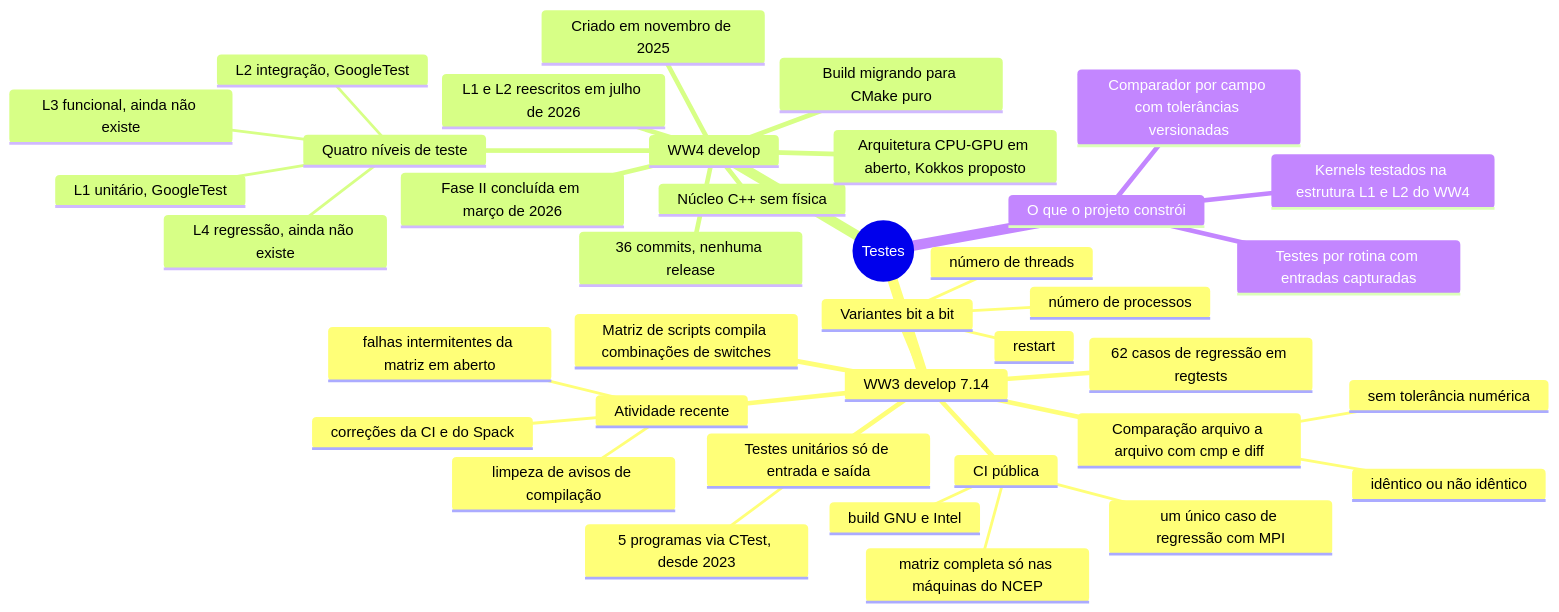
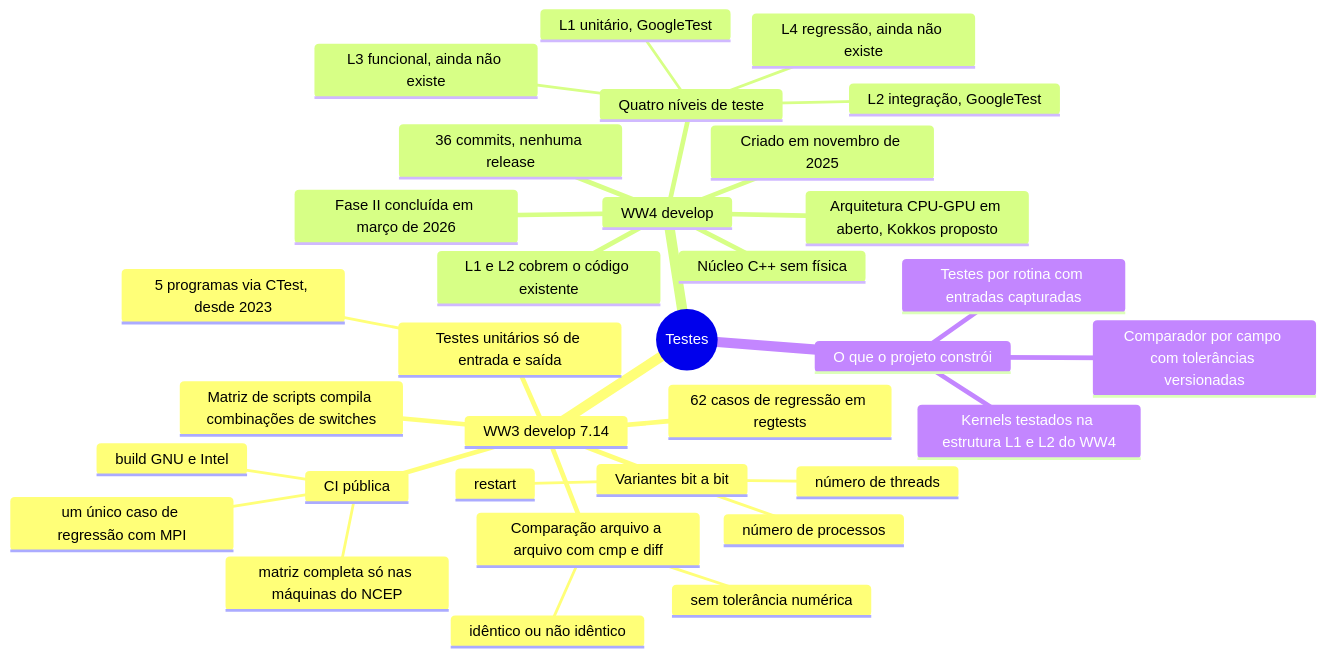
One commit to h0ffmann/ww3-gpu changed the fourth of 8 diagrams in pubs/proposal/mapas-mentais.pt.md. Above: the diagram before and after it, drawn with Mermaid. The commit also changed other lines of this file and 17 other files, not shown here.

````diff
--- a/pubs/proposal/mapas-mentais.pt.md
+++ b/pubs/proposal/mapas-mentais.pt.md
@@ -94,41 +94,36 @@
 ```mermaid
 mindmap
   root((Testes))
     WW3 develop 7.14
       62 casos de regressão em regtests
       Matriz de scripts compila combinações de switches
       Comparação arquivo a arquivo com cmp e diff
         idêntico ou não idêntico
         sem tolerância numérica
       Variantes bit a bit
         restart
         número de threads
         número de processos
       Testes unitários só de entrada e saída
         5 programas via CTest, desde 2023
       CI pública
         build GNU e Intel
         um único caso de regressão com MPI
         matriz completa só nas máquinas do NCEP
-      Atividade recente
-        limpeza de avisos de compilação
-        correções da CI e do Spack
-        falhas intermitentes da matriz em aberto
     WW4 develop
       Criado em novembro de 2025
       36 commits, nenhuma release
       Fase II concluída em março de 2026
       Núcleo C++ sem física
       Quatro níveis de teste
         L1 unitário, GoogleTest
         L2 integração, GoogleTest
         L3 funcional, ainda não existe
         L4 regressão, ainda não existe
-      L1 e L2 reescritos em julho de 2026
-      Build migrando para CMake puro
+      L1 e L2 cobrem o código existente
       Arquitetura CPU-GPU em aberto, Kokkos proposto
     O que o projeto constrói
       Comparador por campo com tolerâncias versionadas
       Testes por rotina com entradas capturadas
       Kernels testados na estrutura L1 e L2 do WW4
 ```
````
